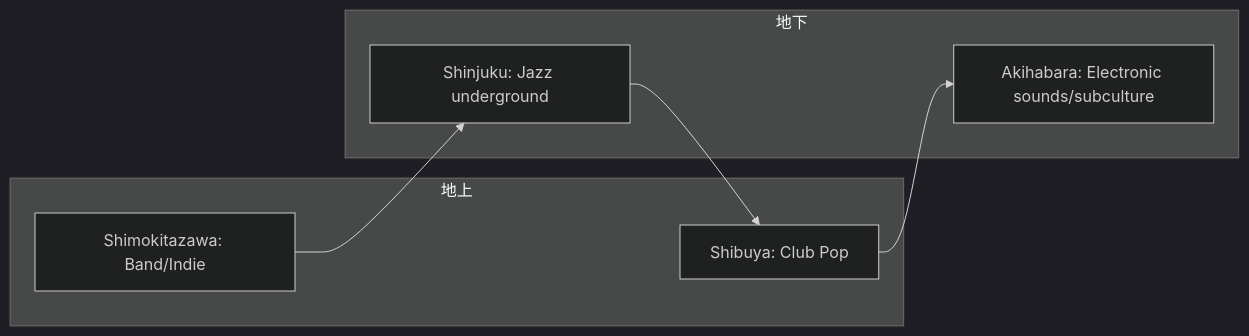
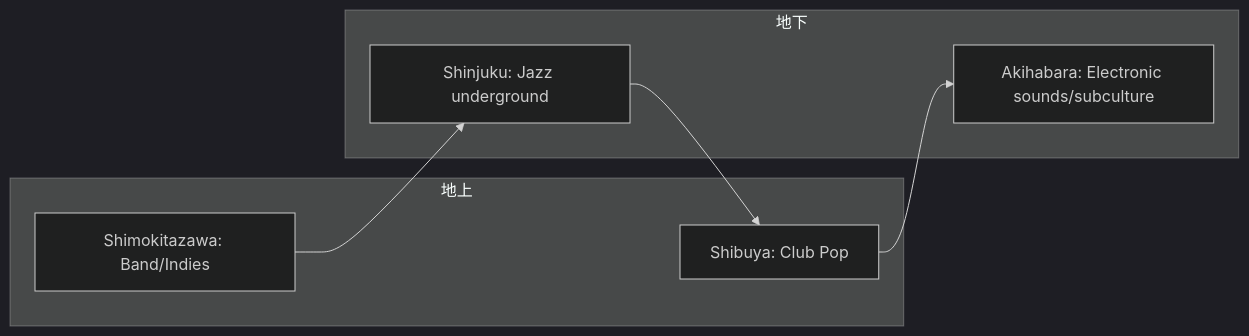
One commit to monumental-movement/monumental-movement.github.io changed the second of 2 diagrams in en/_posts/2025-10-23-column-tokyo-sound-layers.md. Above: the diagram before and after it, drawn with Mermaid (dark theme). The commit also changed other lines of this file and 214 other files, not shown here.

```diff
--- a/en/_posts/2025-10-23-column-tokyo-sound-layers.md
+++ b/en/_posts/2025-10-23-column-tokyo-sound-layers.md
@@ -152,17 +152,17 @@
 <div class="mermaid">
 
 graph LR
     subgraph 地上
         Shibuya["Shibuya: Club Pop"]
-        Shimokita["Shimokitazawa: Band/Indie"]
+        Shimokita["Shimokitazawa: Band/Indies"]
     end
     subgraph 地下
         Shinjuku["Shinjuku: Jazz underground"]
         Akiba["Akihabara: Electronic sounds/subculture"]
     end
 
     Shibuya --> Akiba
     Shimokita --> Shinjuku
     Shinjuku --> Shibuya
 
 </div>
```
